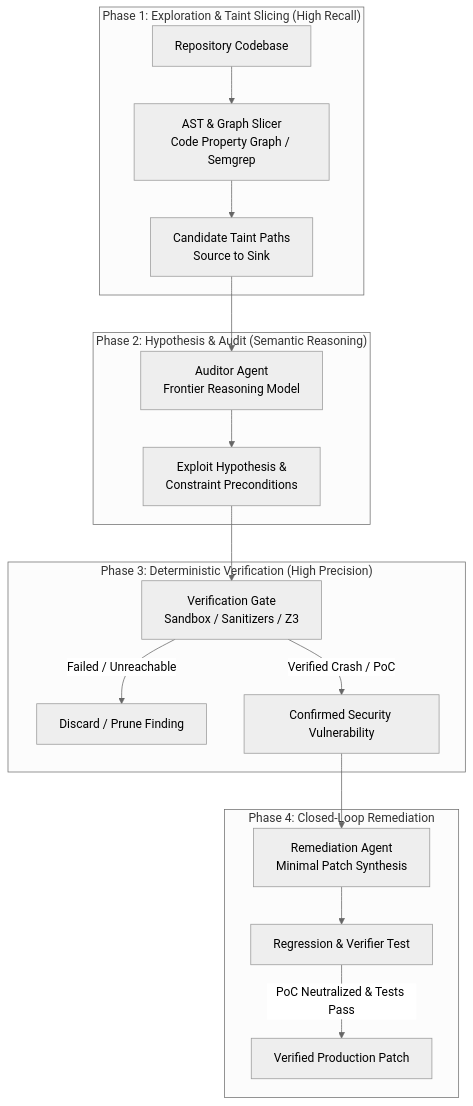
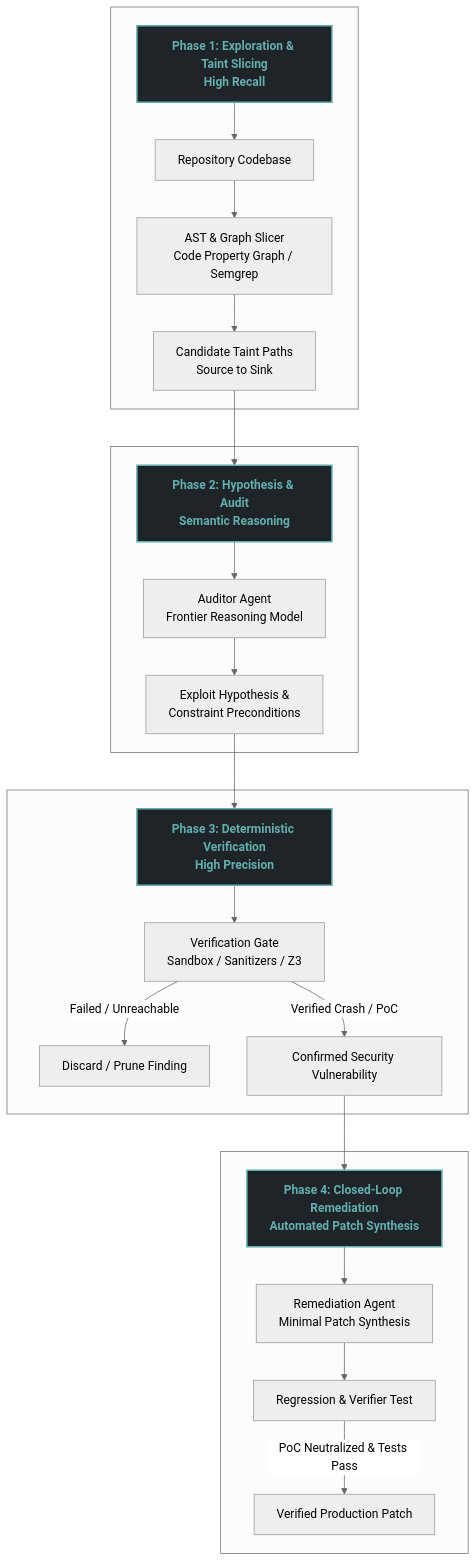
One commit to GianRomani/Notes changed the diagram in Machine Learning/Agentic AI/Agentic Vulnerability Discovery - Eliminating False Positives with Deterministic Verification.md. Above: the diagram before and after it, drawn with Mermaid (neutral theme). The commit also changed 3 other files, not shown here.

Commit message:
fix: GIA-141 optimize mermaid flowchart spacing and phase element readability

````diff
--- a/Machine Learning/Agentic AI/Agentic Vulnerability Discovery - Eliminating False Positives with Deterministic Verification.md
+++ b/Machine Learning/Agentic AI/Agentic Vulnerability Discovery - Eliminating False Positives with Deterministic Verification.md
@@ -8,21 +8,36 @@
 ```mermaid
-graph TD
-    subgraph "Phase 1: Exploration & Taint Slicing (High Recall)"
+flowchart TD
+    subgraph P1 [" "]
+        H1["Phase 1: Exploration & Taint Slicing<br/><b>High Recall</b>"]:::phaseNode
         A[Repository Codebase] --> B[AST & Graph Slicer<br/>Code Property Graph / Semgrep]
         B --> C[Candidate Taint Paths<br/>Source to Sink]
+        H1 --> A
     end
-    subgraph "Phase 2: Hypothesis & Audit (Semantic Reasoning)"
-        C --> D[Auditor Agent<br/>Frontier Reasoning Model]
-        D --> E[Exploit Hypothesis &<br/>Constraint Preconditions]
+
+    subgraph P2 [" "]
+        H2["Phase 2: Hypothesis & Audit<br/><b>Semantic Reasoning</b>"]:::phaseNode
+        D[Auditor Agent<br/>Frontier Reasoning Model] --> E[Exploit Hypothesis &<br/>Constraint Preconditions]
+        H2 --> D
     end
-    subgraph "Phase 3: Deterministic Verification (High Precision)"
-        E --> F[Verification Gate<br/>Sandbox / Sanitizers / Z3]
+
+    subgraph P3 [" "]
+        H3["Phase 3: Deterministic Verification<br/><b>High Precision</b>"]:::phaseNode
+        F[Verification Gate<br/>Sandbox / Sanitizers / Z3]
+        H3 --> F
         F -->|Failed / Unreachable| G[Discard / Prune Finding]
         F -->|Verified Crash / PoC| H[Confirmed Security Vulnerability]
     end
-    subgraph "Phase 4: Closed-Loop Remediation"
-        H --> I[Remediation Agent<br/>Minimal Patch Synthesis]
-        I --> J[Regression & Verifier Test]
+
+    subgraph P4 [" "]
+        H4["Phase 4: Closed-Loop Remediation<br/><b>Automated Patch Synthesis</b>"]:::phaseNode
+        I[Remediation Agent<br/>Minimal Patch Synthesis] --> J[Regression & Verifier Test]
+        H4 --> I
         J -->|PoC Neutralized & Tests Pass| K[Verified Production Patch]
     end
+
+    C --> H2
+    E --> H3
+    H --> H4
+
+    classDef phaseNode fill:#1e2428,stroke:#63afae,stroke-width:2px,color:#63afae,font-weight:600;
 ```
````
